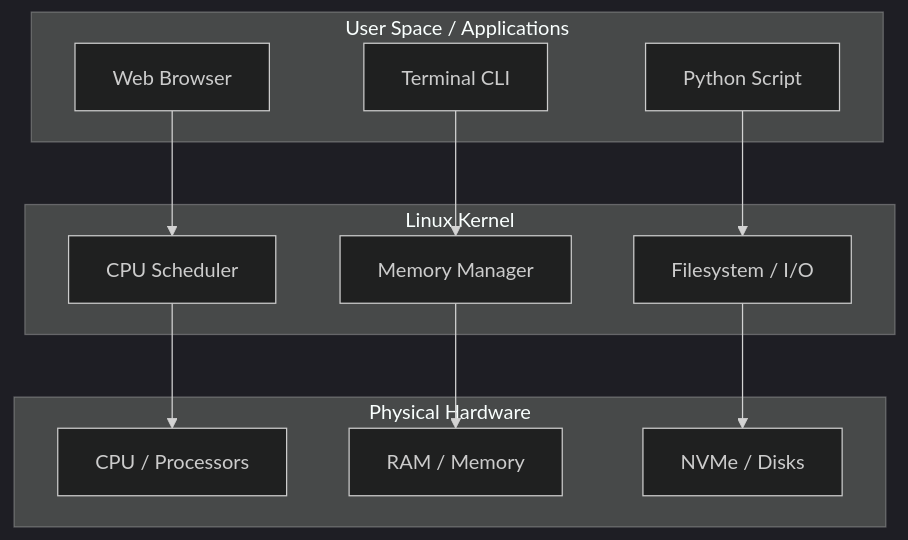
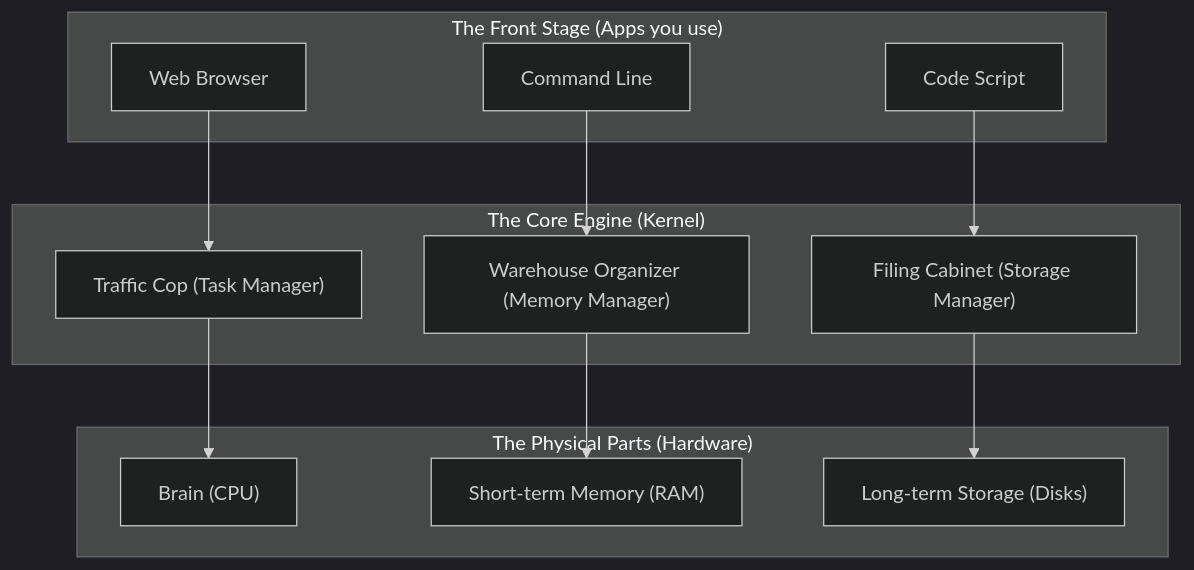
The diagram in website/pages/modules/module-01/lesson-01.md (aloysiuspattath/platform-engineering-ai-course), drawn with Mermaid (dark theme) before and after one commit. The commit also changed other lines of this file and 56 other files, not shown here.

Commit message:
refactor: simplify all architecture diagrams and explanations to layman's terms via AI subagent swarm

````diff
--- a/website/pages/modules/module-01/lesson-01.md
+++ b/website/pages/modules/module-01/lesson-01.md
@@ -77,28 +77,28 @@
 ```mermaid
 flowchart TD
-    subgraph UserSpace [User Space / Applications]
-        App1[Web Browser]
-        App2[Terminal CLI]
-        App3[Python Script]
+    subgraph UserSpace ["The Front Stage (Apps you use)"]
+        App1["Web Browser"]
+        App2["Command Line"]
+        App3["Code Script"]
     end
 
-    subgraph KernelSpace [Linux Kernel]
-        K_Sched[CPU Scheduler]
-        K_Mem[Memory Manager]
-        K_VFS[Filesystem / I/O]
+    subgraph KernelSpace ["The Core Engine (Kernel)"]
+        K_Sched["Traffic Cop (Task Manager)"]
+        K_Mem["Warehouse Organizer (Memory Manager)"]
+        K_VFS["Filing Cabinet (Storage Manager)"]
     end
 
-    subgraph Hardware [Physical Hardware]
-        HW_CPU[CPU / Processors]
-        HW_RAM[RAM / Memory]
-        HW_DISK[NVMe / Disks]
+    subgraph Hardware ["The Physical Parts (Hardware)"]
+        HW_CPU["Brain (CPU)"]
+        HW_RAM["Short-term Memory (RAM)"]
+        HW_DISK["Long-term Storage (Disks)"]
     end
 
     App1 --> K_Sched
     App2 --> K_Mem
     App3 --> K_VFS
 
     K_Sched --> HW_CPU
     K_Mem --> HW_RAM
     K_VFS --> HW_DISK
 ```
````
